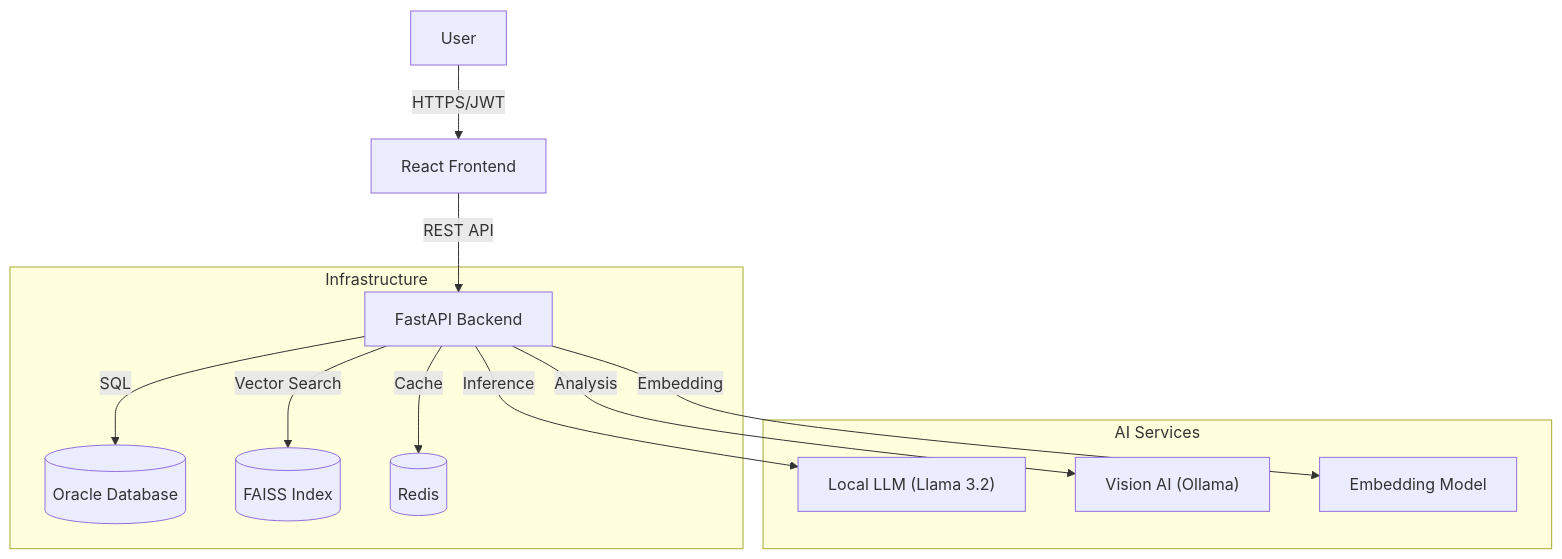
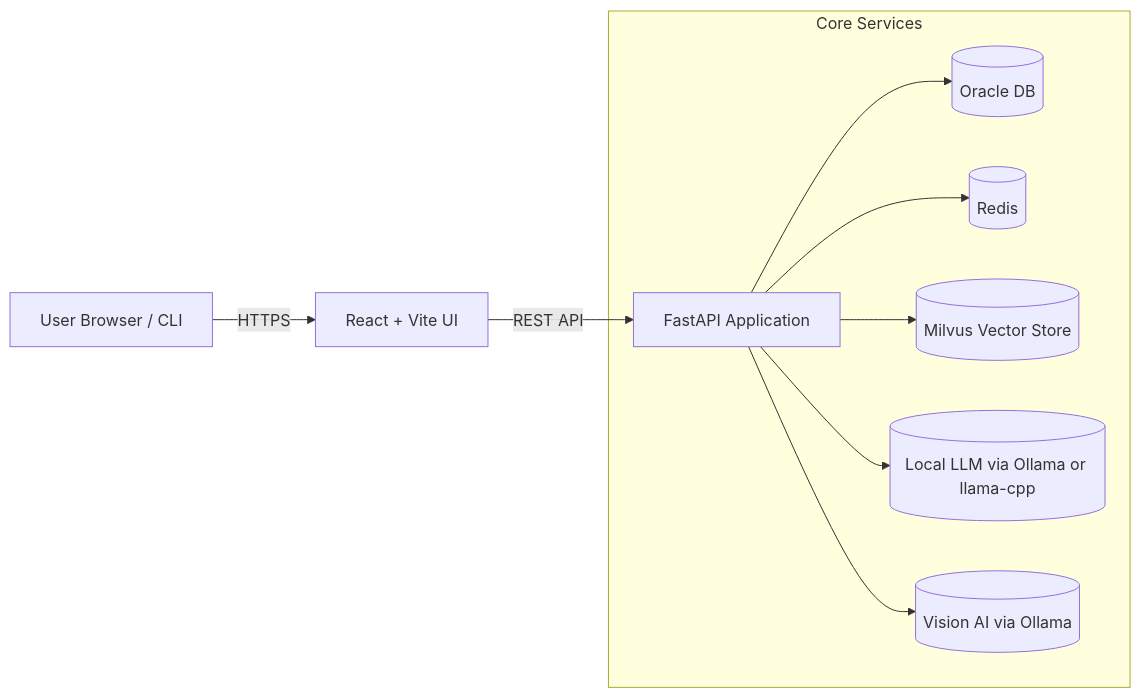
The diagram in README.md (tusharDeb888/Multi-Agent-RAG-Platform), drawn with Mermaid before and after one commit. The commit also changed other lines of this file, not shown here.

````diff
--- a/README.md
+++ b/README.md
@@ -121,17 +51,13 @@
 ```mermaid
-graph TD
-    User[User] -->|HTTPS/JWT| Frontend[React Frontend]
-    Frontend -->|REST API| Backend[FastAPI Backend]
-    
-    subgraph "Infrastructure"
-        Backend -->|SQL| DB[(Oracle Database)]
-        Backend -->|Vector Search| FAISS[(FAISS Index)]
-        Backend -->|Cache| Redis[(Redis)]
-    end
-    
-    subgraph "AI Services"
-        Backend -->|Inference| LLM["Local LLM (Llama 3.2)"]
-        Backend -->|Analysis| Vision["Vision AI (Ollama)"]
-        Backend -->|Embedding| Embed[Embedding Model]
-    end
+graph LR
+  Client[User Browser / CLI] -- HTTPS --> Frontend[React + Vite UI]
+  Frontend -- REST API --> Backend[FastAPI Application]
+
+  subgraph "Core Services"
+    Backend --> DB[(Oracle DB)]
+    Backend --> Cache[(Redis)]
+    Backend --> VS[(Milvus Vector Store)]
+    Backend --> LLM[(Local LLM via Ollama or llama-cpp)]
+    Backend --> Vision[(Vision AI via Ollama)]
+  end
 ```
````
